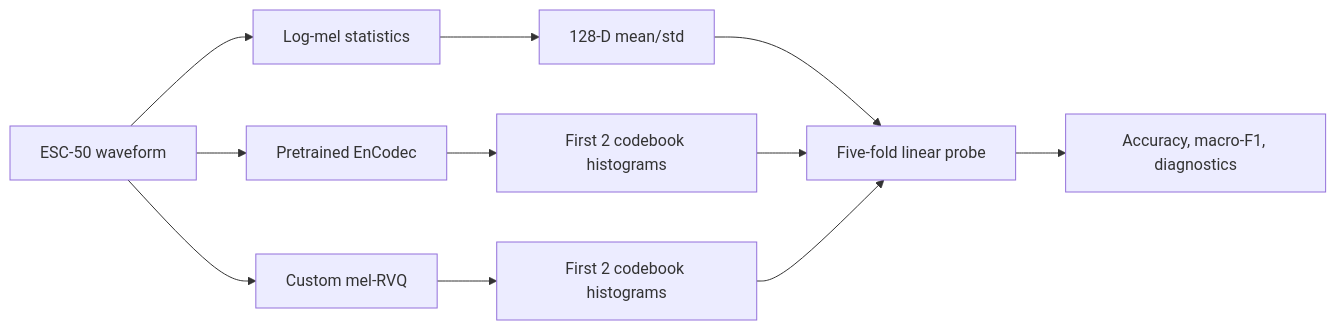
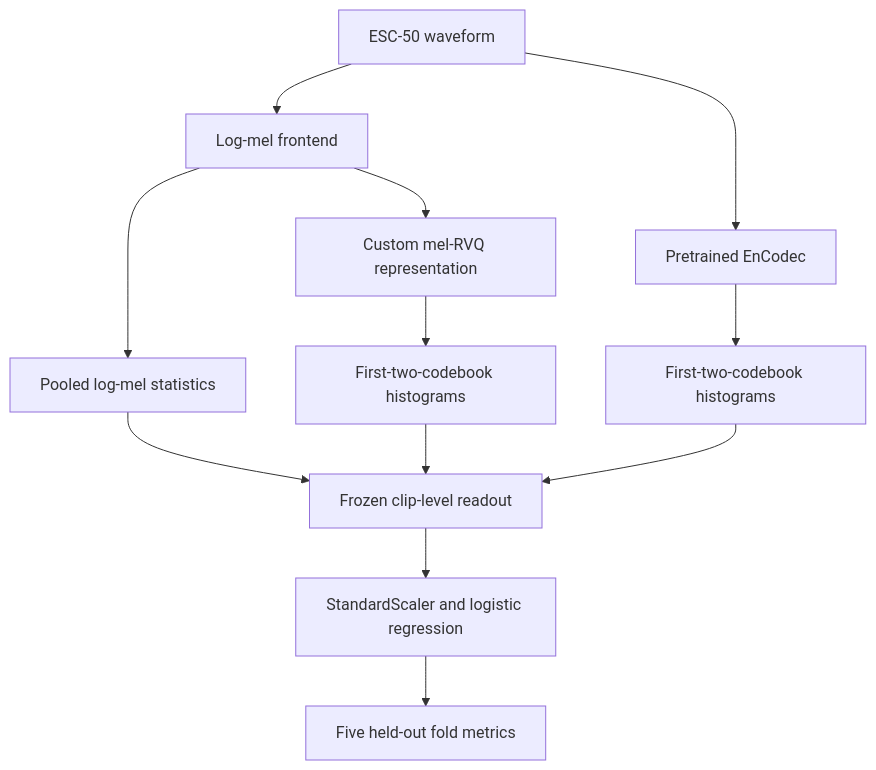
Before and after one commit to MacswareX/Audio-Representation-Probe: the diagram in README.md, drawn with Mermaid. The commit also changed other lines of this file and 23 other files, not shown here.

````diff
--- a/README.md
+++ b/README.md
@@ -32,13 +57,14 @@
 ```mermaid
-flowchart LR
-    A[ESC-50 waveform] --> B1[Log-mel statistics]
-    A --> B2[Pretrained EnCodec]
-    A --> B3[Custom mel-RVQ]
-    B1 --> C1[128-D mean/std]
-    B2 --> C2[First 2 codebook histograms]
-    B3 --> C3[First 2 codebook histograms]
-    C1 --> D[Five-fold linear probe]
-    C2 --> D
-    C3 --> D
-    D --> E[Accuracy, macro-F1, diagnostics]
+flowchart TD
+    A[ESC-50 waveform] --> B[Log-mel frontend]
+    A --> C[Pretrained EnCodec]
+    B --> D[Pooled log-mel statistics]
+    B --> E[Custom mel-RVQ representation]
+    C --> F[First-two-codebook histograms]
+    E --> G[First-two-codebook histograms]
+    D --> H[Frozen clip-level readout]
+    F --> H
+    G --> H
+    H --> I[StandardScaler and logistic regression]
+    I --> J[Five held-out fold metrics]
 ```
````
